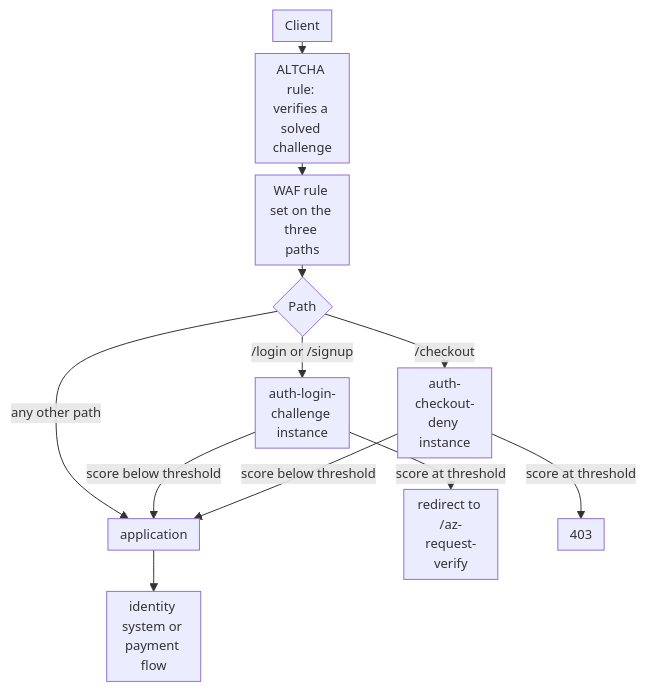
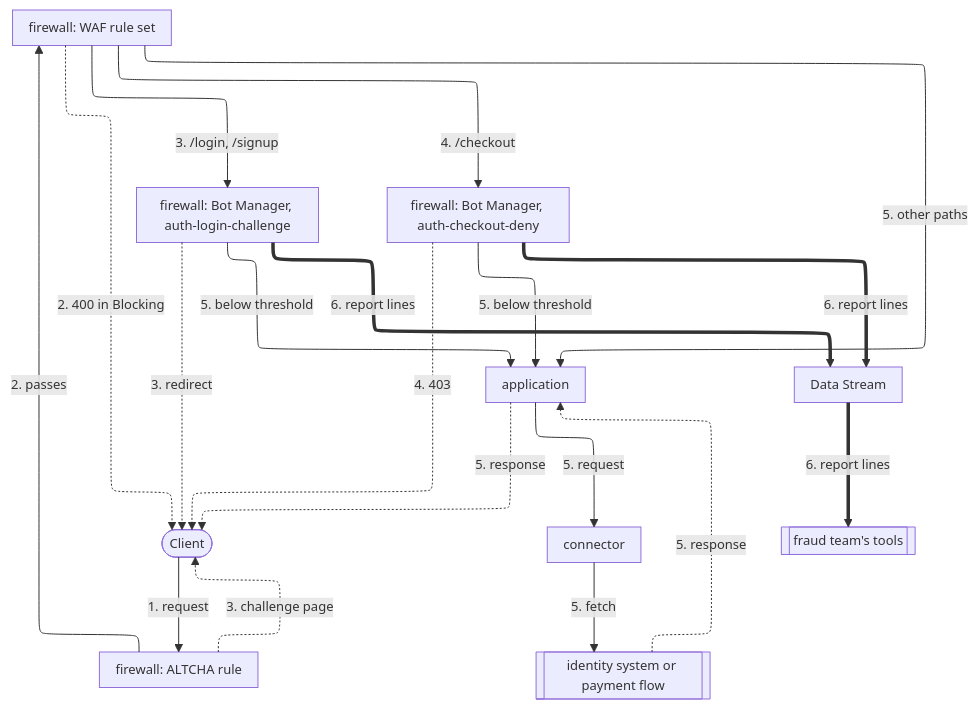
The diagram in apps/docs/src/content/docs/en/pages/use-cases/secure-applications-and-networks/block-account-takeover-on-login-and-checkout-flows.mdx (aziontech/docs), drawn with Mermaid before and after one commit. The commit also changed other lines of this file and 55 other files, not shown here.

Commit message:
docs(use-cases): redraw the use-case diagrams with the way back and check their claims (#2509)

````diff
--- a/apps/docs/src/content/docs/en/pages/use-cases/secure-applications-and-networks/block-account-takeover-on-login-and-checkout-flows.mdx
+++ b/apps/docs/src/content/docs/en/pages/use-cases/secure-applications-and-networks/block-account-takeover-on-login-and-checkout-flows.mdx
@@ -44,15 +46,32 @@
 ```mermaid
-%%{init: {"layout": "dagre", "themeVariables": {"fontSize": "13px"}, "flowchart": {"nodeSpacing": 12, "rankSpacing": 12, "padding": 6, "wrappingWidth": 70, "minNodeWidth": 40, "useMaxWidth": true}}}%%
+%%{init: {"layout": "elk", "elk": {"preset": "modelOrder", "keepEntryNodeOnTop": true}, "themeVariables": {"fontSize": "13px"}, "flowchart": {"nodeSpacing": 24, "rankSpacing": 36, "padding": 8, "wrappingWidth": 150, "useMaxWidth": true}, "sequence": {"width": 120, "actorMargin": 30, "useMaxWidth": true}}}%%
 flowchart TD
-  Client["Client"] --> ALTCHA["ALTCHA rule: verifies a solved challenge"]
-  ALTCHA --> WAF["WAF rule set on the three paths"]
-  WAF --> Path{"Path"}
-  Path -->|"/login or /signup"| Login["auth-login-challenge instance"]
-  Path -->|"/checkout"| Checkout["auth-checkout-deny instance"]
-  Path -->|"any other path"| App["application"]
-  Login -->|"score below threshold"| App
-  Login -->|"score at threshold"| Verify["redirect to /az-request-verify"]
-  Checkout -->|"score below threshold"| App
-  Checkout -->|"score at threshold"| Deny["403"]
-  App --> Origin["identity system or payment flow"]
+  Client(["Client"])
+  ALTCHA["firewall: ALTCHA rule"]
+  WAF["firewall: WAF rule set"]
+  Login["firewall: Bot Manager, auth-login-challenge"]
+  Checkout["firewall: Bot Manager, auth-checkout-deny"]
+  App["application"]
+  Conn["connector"]
+  Origin[["identity system or payment flow"]]
+  DS["Data Stream"]
+  Team[["fraud team's tools"]]
+  Client -->|"1. request"| ALTCHA
+  ALTCHA -->|"2. passes"| WAF
+  WAF -->|"3. /login, /signup"| Login
+  WAF -->|"4. /checkout"| Checkout
+  WAF -->|"5. other paths"| App
+  Login -->|"5. below threshold"| App
+  Checkout -->|"5. below threshold"| App
+  App -->|"5. request"| Conn
+  Conn -->|"5. fetch"| Origin
+  Origin -.->|"5. response"| App
+  App -.->|"5. response"| Client
+  ALTCHA -.->|"3. challenge page"| Client
+  WAF -.->|"2. 400 in Blocking"| Client
+  Login -.->|"3. redirect"| Client
+  Checkout -.->|"4. 403"| Client
+  Login ==>|"6. report lines"| DS
+  Checkout ==>|"6. report lines"| DS
+  DS ==>|"6. report lines"| Team
 ```
````
